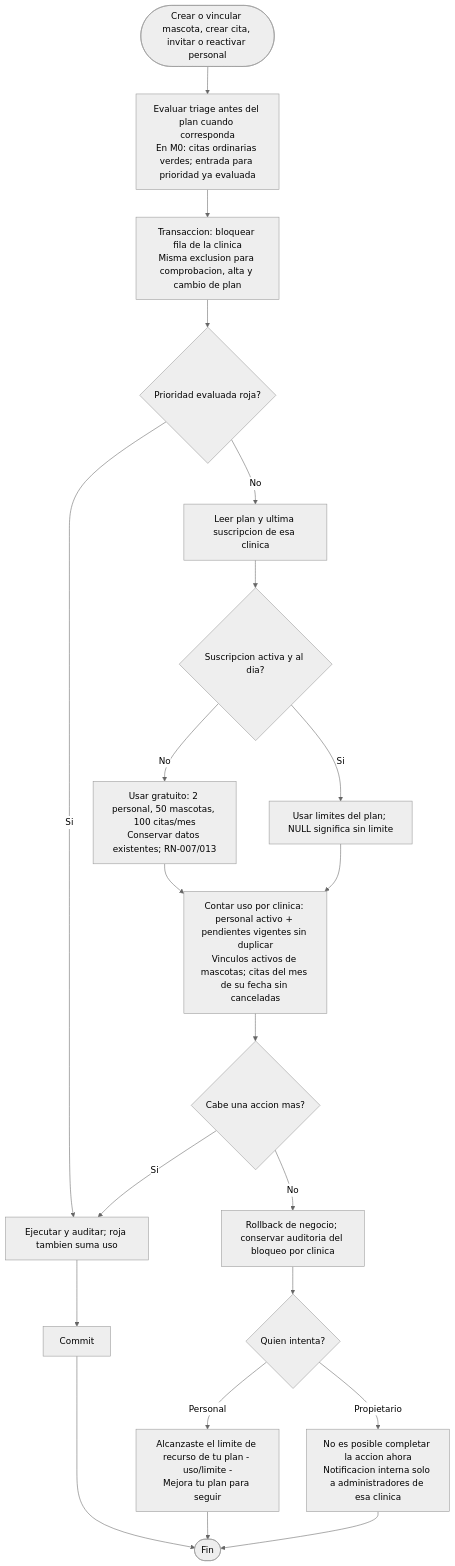
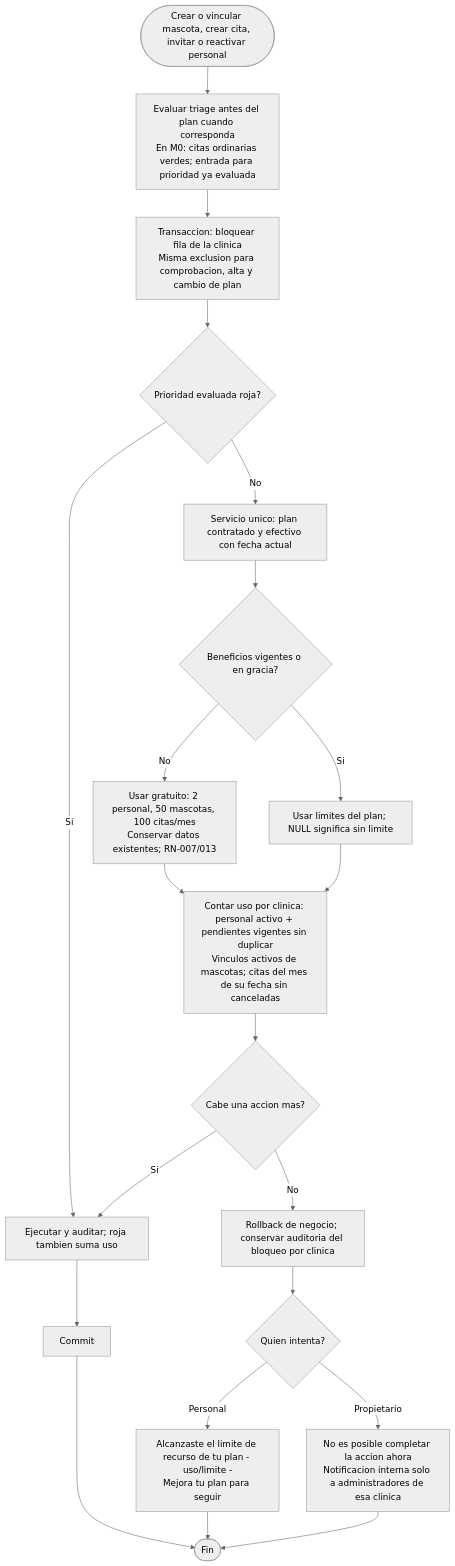
Diagram 17 of 32 in documentacion/Modelos.md (carvajal7lsch-commits/Zooki), drawn with Mermaid (neutral theme) before and after one commit. The commit also changed other lines of this file and 8 other files, not shown here.

````diff
--- a/documentacion/Modelos.md
+++ b/documentacion/Modelos.md
@@ -865,23 +867,23 @@
 ```mermaid
 flowchart TD
   A([Crear o vincular mascota, crear cita, invitar o reactivar personal]) --> T["Evaluar triage antes del plan cuando corresponda<br/>En M0: citas ordinarias verdes; entrada para prioridad ya evaluada"]
   T --> LOCK["Transaccion: bloquear fila de la clinica<br/>Misma exclusion para comprobacion, alta y cambio de plan"]
   LOCK --> U{"Prioridad evaluada roja?"}
   U -- Si --> E
-  U -- No --> B["Leer plan y ultima suscripcion de esa clinica"]
-  B --> C{"Suscripcion activa y al dia?"}
+  U -- No --> B["Servicio unico: plan contratado y efectivo con fecha actual"]
+  B --> C{"Beneficios vigentes o en gracia?"}
   C -- No --> C1["Usar gratuito: 2 personal, 50 mascotas, 100 citas/mes<br/>Conservar datos existentes; RN-007/013"]
   C -- Si --> P["Usar limites del plan; NULL significa sin limite"]
   P --> D
   C1 --> D["Contar uso por clinica: personal activo + pendientes vigentes sin duplicar<br/>Vinculos activos de mascotas; citas del mes de su fecha sin canceladas"]
   D --> CABE{"Cabe una accion mas?"}
   CABE -- Si --> E["Ejecutar y auditar; roja tambien suma uso"]
   E --> OK[Commit]
   CABE -- No --> RB["Rollback de negocio; conservar auditoria del bloqueo por clinica"]
   RB --> F{"Quien intenta?"}
   F -- Personal --> F1["Alcanzaste el limite de recurso de tu plan - uso/limite -<br/>Mejora tu plan para seguir"]
   F -- Propietario --> F2["No es posible completar la accion ahora<br/>Notificacion interna solo a administradores de esa clinica"]
   F1 --> FIN([Fin])
   F2 --> FIN
   OK --> FIN
 ```
````
